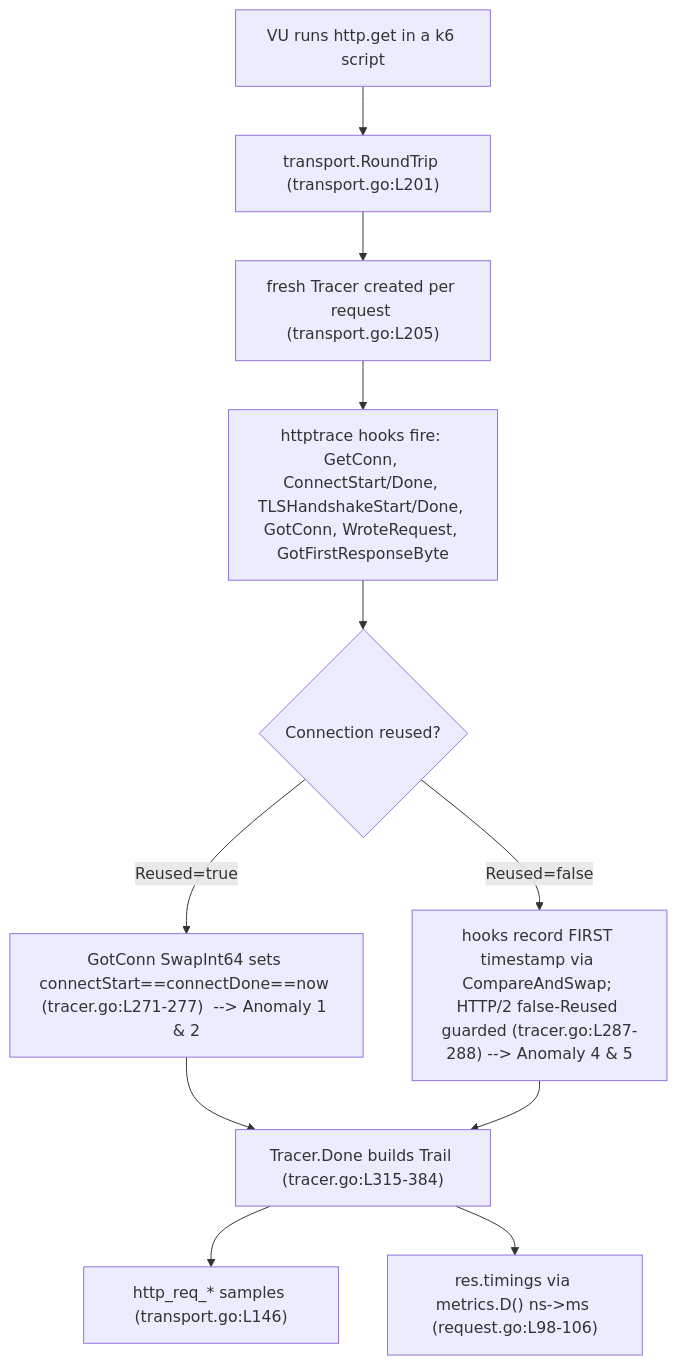
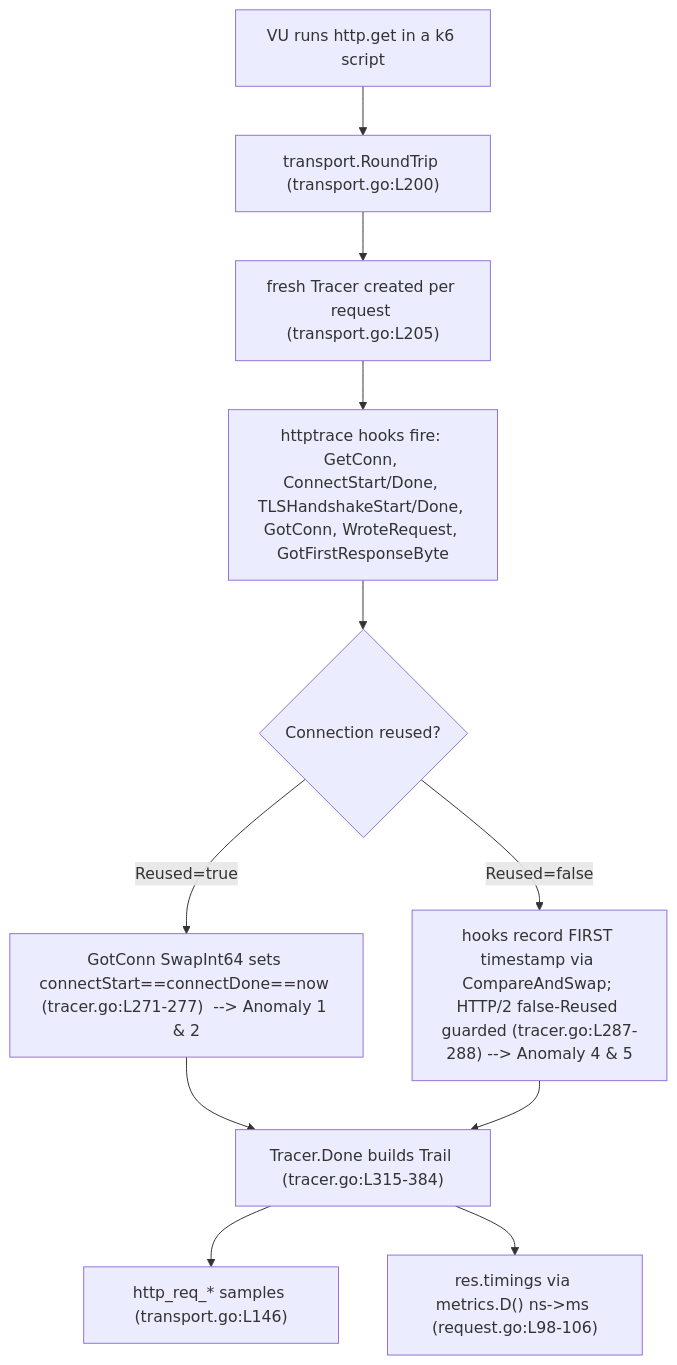
The diagram in blitzy/documentation/k6_ddc3b0b1d23c.md (blitzy-research/k6), drawn with Mermaid before and after one commit. The commit also changed other lines of this file, not shown here.

First line of the commit message:
docs: remediate code-review findings in k6 HTTP tracer timing investigation

````diff
--- a/blitzy/documentation/k6_ddc3b0b1d23c.md
+++ b/blitzy/documentation/k6_ddc3b0b1d23c.md
@@ -131,13 +185,13 @@
 ```mermaid
 flowchart TD
-    A["VU runs http.get in a k6 script"] --> B["transport.RoundTrip (transport.go:L201)"]
+    A["VU runs http.get in a k6 script"] --> B["transport.RoundTrip (transport.go:L200)"]
     B --> C["fresh Tracer created per request (transport.go:L205)"]
     C --> D["httptrace hooks fire: GetConn, ConnectStart/Done, TLSHandshakeStart/Done, GotConn, WroteRequest, GotFirstResponseByte"]
     D --> E{"Connection reused?"}
     E -->|"Reused=true"| F["GotConn SwapInt64 sets connectStart==connectDone==now (tracer.go:L271-277)  --> Anomaly 1 & 2"]
     E -->|"Reused=false"| G["hooks record FIRST timestamp via CompareAndSwap; HTTP/2 false-Reused guarded (tracer.go:L287-288) --> Anomaly 4 & 5"]
     F --> H["Tracer.Done builds Trail (tracer.go:L315-384)"]
     G --> H
     H --> I["http_req_* samples (transport.go:L146)"]
     H --> J["res.timings via metrics.D() ns->ms (request.go:L98-106)"]
 ```
````
